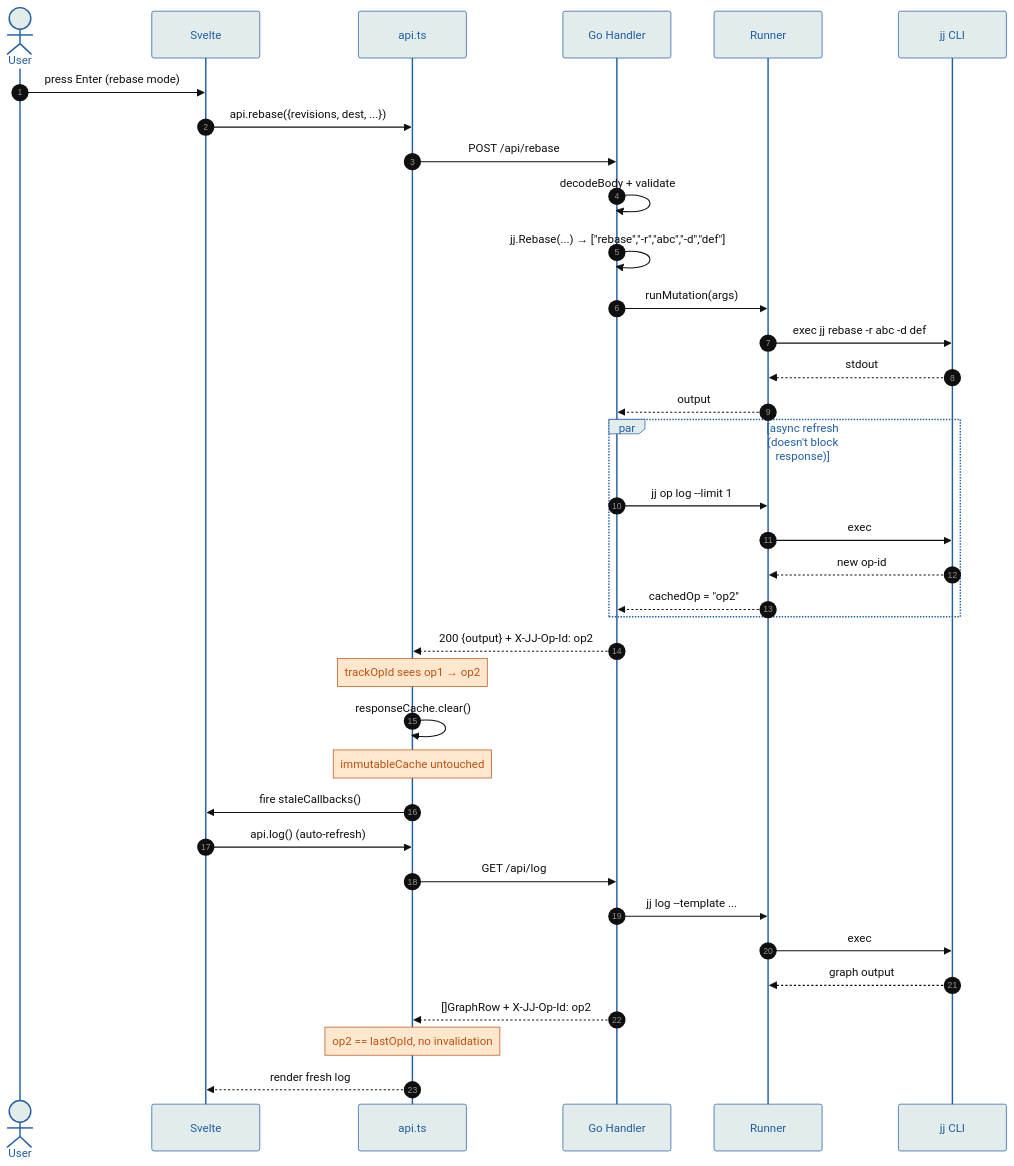
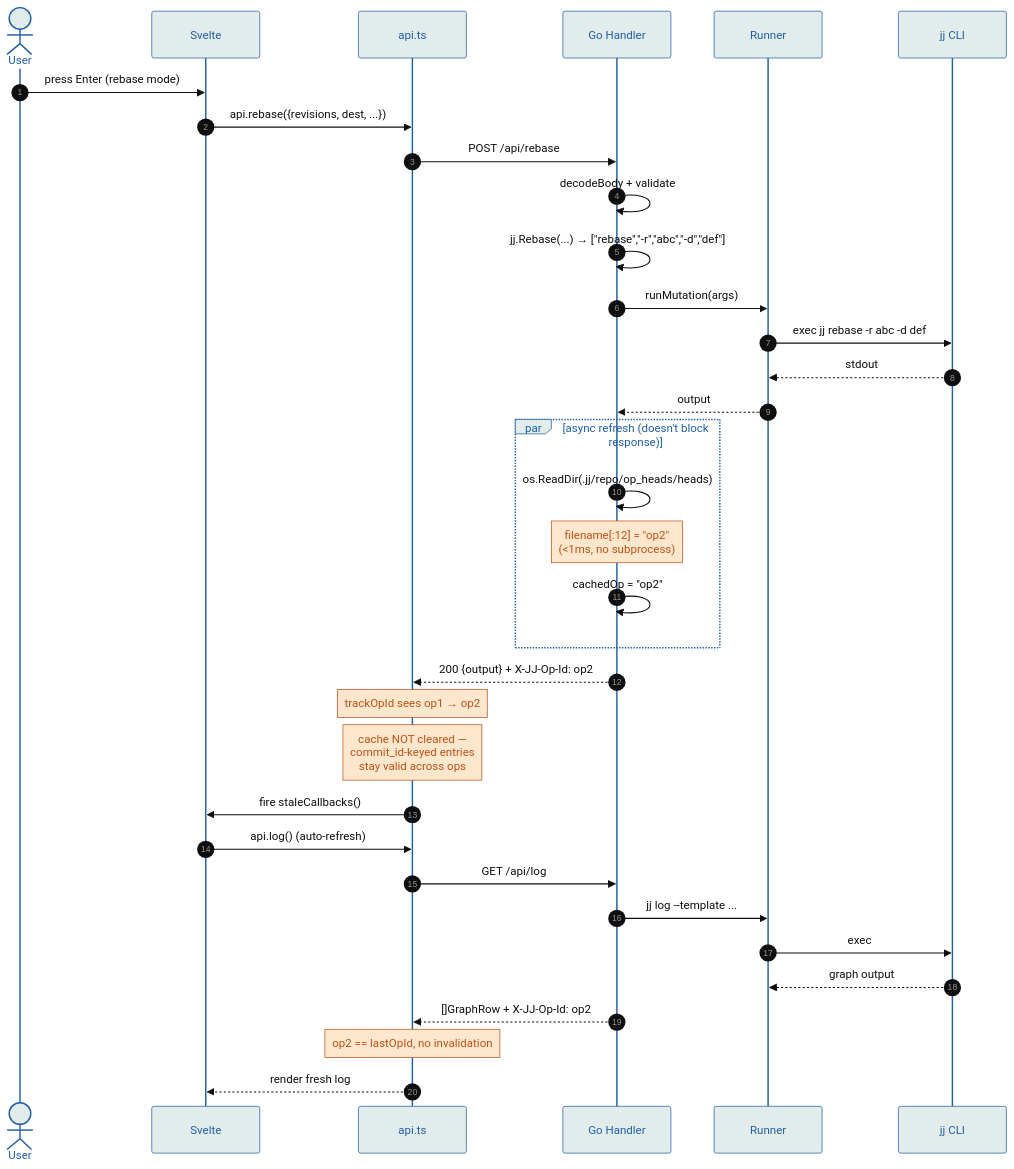
The second of 5 diagrams in docs/ARCHITECTURE.md (chronologos/lightjj), drawn with Mermaid before and after one commit. The commit also changed other lines of this file and 1 other file, not shown here.

````diff
--- a/docs/ARCHITECTURE.md
+++ b/docs/ARCHITECTURE.md
@@ -136,59 +137,57 @@
 ```mermaid
 %%{init: {'theme': 'base', 'themeVariables': {
   'primaryColor':'#F2F0E5',
   'primaryTextColor':'#100F0F',
   'primaryBorderColor':'#205EA6',
   'lineColor':'#6F6E69',
   'textColor':'#100F0F',
   'actorBkg':'#E1ECEB',
   'actorTextColor':'#205EA6',
   'actorBorder':'#205EA6',
   'signalColor':'#100F0F',
   'noteBkgColor':'#FFE7CE',
   'noteTextColor':'#BC5215',
   'noteBorderColor':'#BC5215',
   'activationBkgColor':'#F2F0E5',
   'activationBorderColor':'#6F6E69'
 }}}%%
 sequenceDiagram
     autonumber
     actor U as User
     participant S as Svelte
     participant A as api.ts
     participant H as Go Handler
     participant R as Runner
     participant J as jj CLI
 
     U->>S: press Enter (rebase mode)
     S->>A: api.rebase({revisions, dest, ...})
     A->>H: POST /api/rebase
     H->>H: decodeBody + validate
     H->>H: jj.Rebase(...) → ["rebase","-r","abc","-d","def"]
     H->>R: runMutation(args)
     R->>J: exec jj rebase -r abc -d def
     J-->>R: stdout
     R-->>H: output
 
     par async refresh (doesn't block response)
-        H->>R: jj op log --limit 1
-        R->>J: exec
-        J-->>R: new op-id
-        R-->>H: cachedOp = "op2"
+        H->>H: os.ReadDir(.jj/repo/op_heads/heads)
+        Note over H: filename[:12] = "op2"<br/>(<1ms, no subprocess)
+        H->>H: cachedOp = "op2"
     end
 
     H-->>A: 200 {output} + X-JJ-Op-Id: op2
 
     Note over A: trackOpId sees op1 → op2
-    A->>A: responseCache.clear()
-    Note over A: immutableCache untouched
+    Note over A: cache NOT cleared —<br/>commit_id-keyed entries<br/>stay valid across ops
 
     A->>S: fire staleCallbacks()
     S->>A: api.log()  (auto-refresh)
     A->>H: GET /api/log
     H->>R: jj log --template ...
     R->>J: exec
     J-->>R: graph output
     H-->>A: []GraphRow + X-JJ-Op-Id: op2
     Note over A: op2 == lastOpId, no invalidation
     A-->>S: render fresh log
 ```
````
